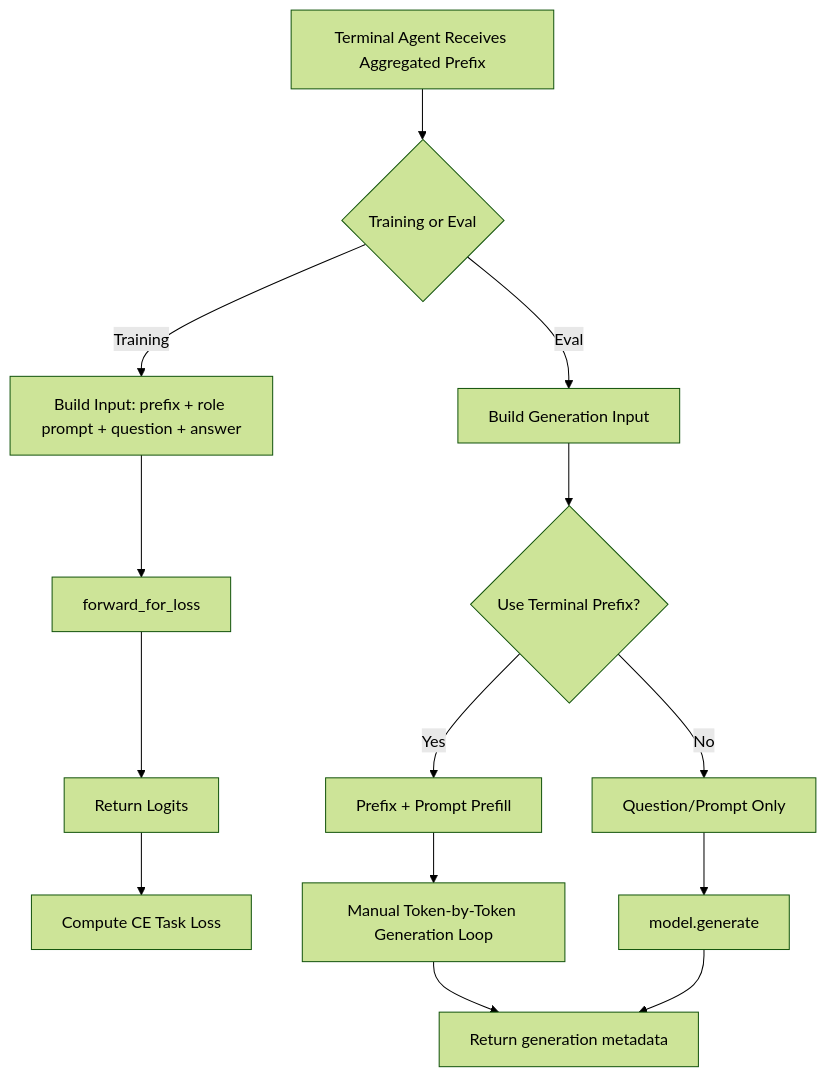
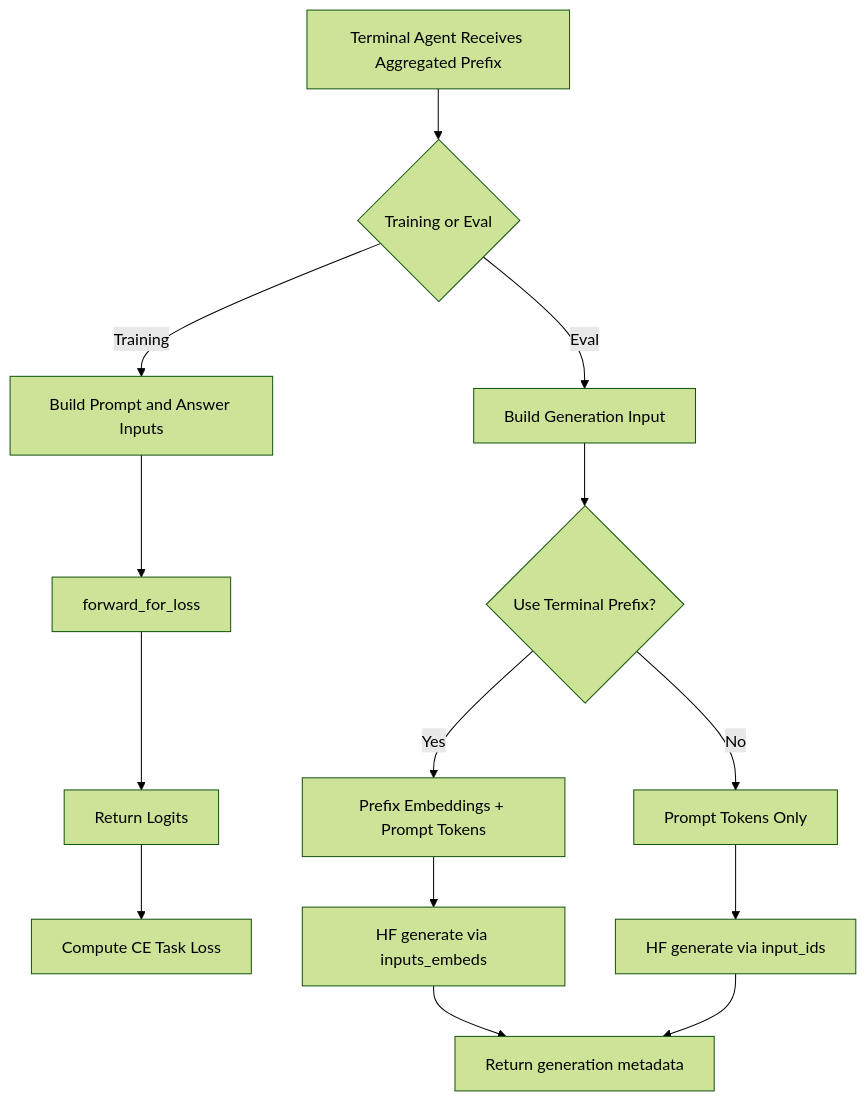
The third of 5 diagrams in docs/agent_workflow.md (Johnny221B/latent-MAS), drawn with Mermaid (forest theme) before and after one commit. The commit also changed other lines of this file and 15 other files, not shown here.

````diff
--- a/docs/agent_workflow.md
+++ b/docs/agent_workflow.md
@@ -75,20 +75,20 @@
 ```mermaid
 flowchart TD
     A[Terminal Agent Receives Aggregated Prefix] --> B{Training or Eval}
 
-    B -->|Training| C[Build Input: prefix + role prompt + question + answer]
+    B -->|Training| C[Build Prompt and Answer Inputs]
     C --> D[forward_for_loss]
     D --> E[Return Logits]
     E --> F[Compute CE Task Loss]
 
     B -->|Eval| G[Build Generation Input]
     G --> H{Use Terminal Prefix?}
 
-    H -->|Yes| I[Prefix + Prompt Prefill]
-    I --> J[Manual Token-by-Token Generation Loop]
+    H -->|Yes| I[Prefix Embeddings + Prompt Tokens]
+    I --> J[HF generate via inputs_embeds]
     J --> K[Return generation metadata]
 
-    H -->|No| L[Question/Prompt Only]
-    L --> M[model.generate]
+    H -->|No| L[Prompt Tokens Only]
+    L --> M[HF generate via input_ids]
     M --> K
 ```
````
